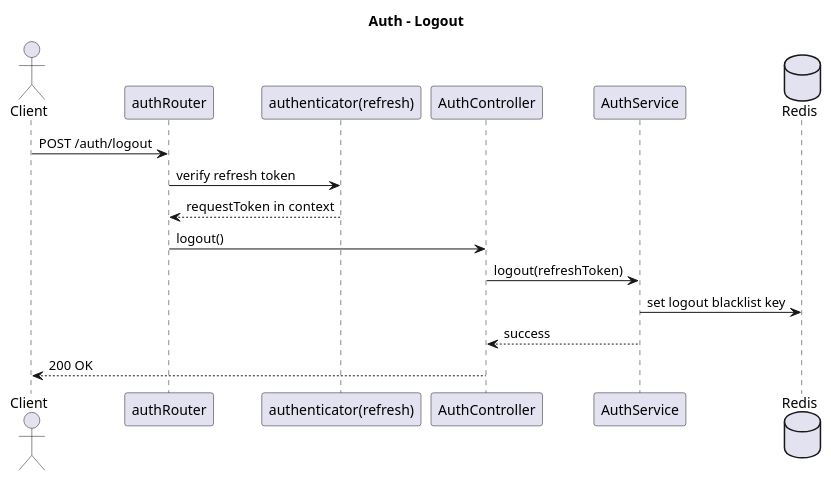
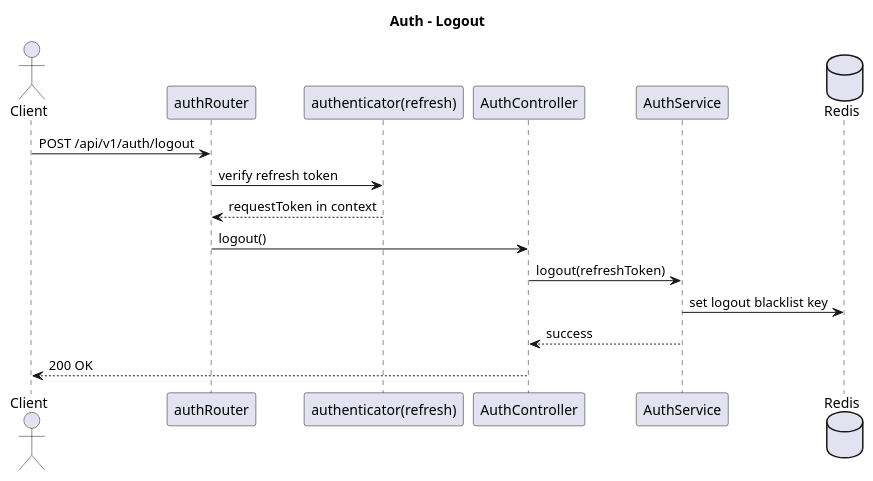
Before and after one commit to sy-nt/CNPMM_BE: the fourth of 9 diagrams in docs/202605061020-auth-user-use-cases.md, drawn with PlantUML. The commit also changed other lines of this file and 9 other files, not shown here.

````diff
--- a/docs/202605061020-auth-user-use-cases.md
+++ b/docs/202605061020-auth-user-use-cases.md
@@ -173,22 +192,22 @@
 ```plantuml
 @startuml
 title Auth - Logout
 
 actor Client
 participant "authRouter" as Router
 participant "authenticator(refresh)" as Authenticator
 participant "AuthController" as Controller
 participant "AuthService" as Service
 database "Redis" as Redis
 
-Client -> Router: POST /auth/logout
+Client -> Router: POST /api/v1/auth/logout
 Router -> Authenticator: verify refresh token
 Authenticator --> Router: requestToken in context
 Router -> Controller: logout()
 Controller -> Service: logout(refreshToken)
 Service -> Redis: set logout blacklist key
 Service --> Controller: success
 Controller --> Client: 200 OK
 
 @enduml
 ```
````
